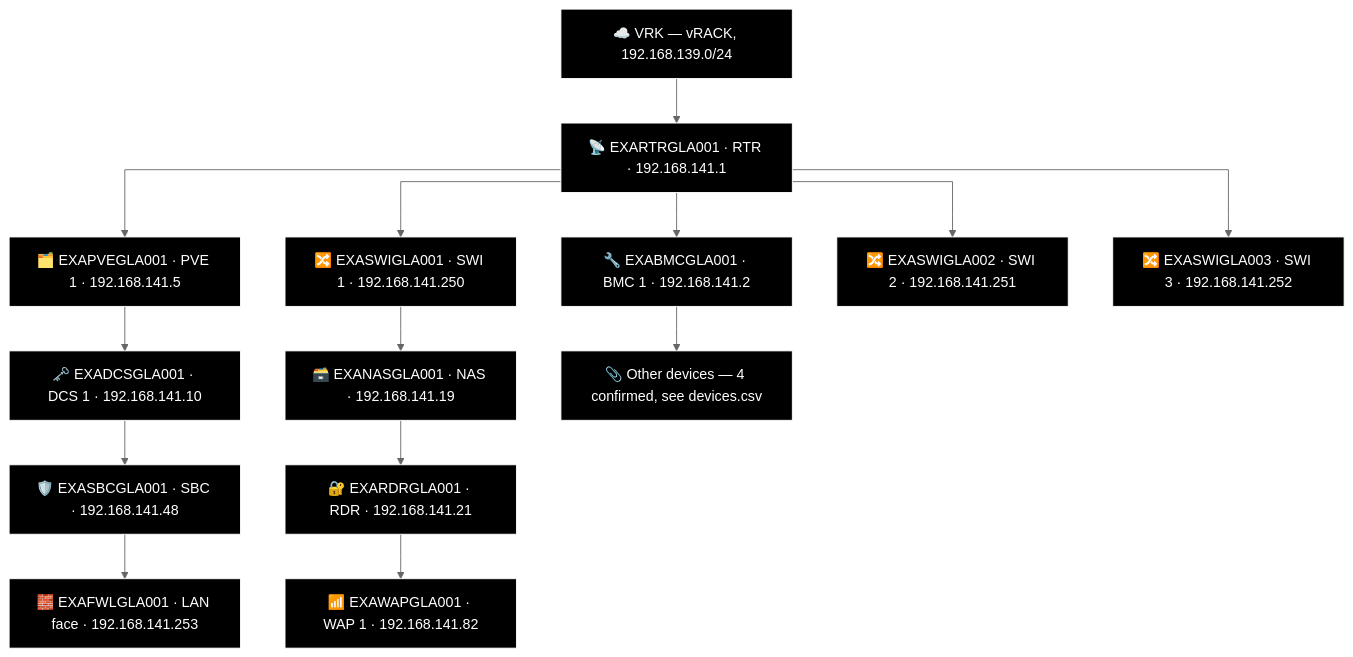
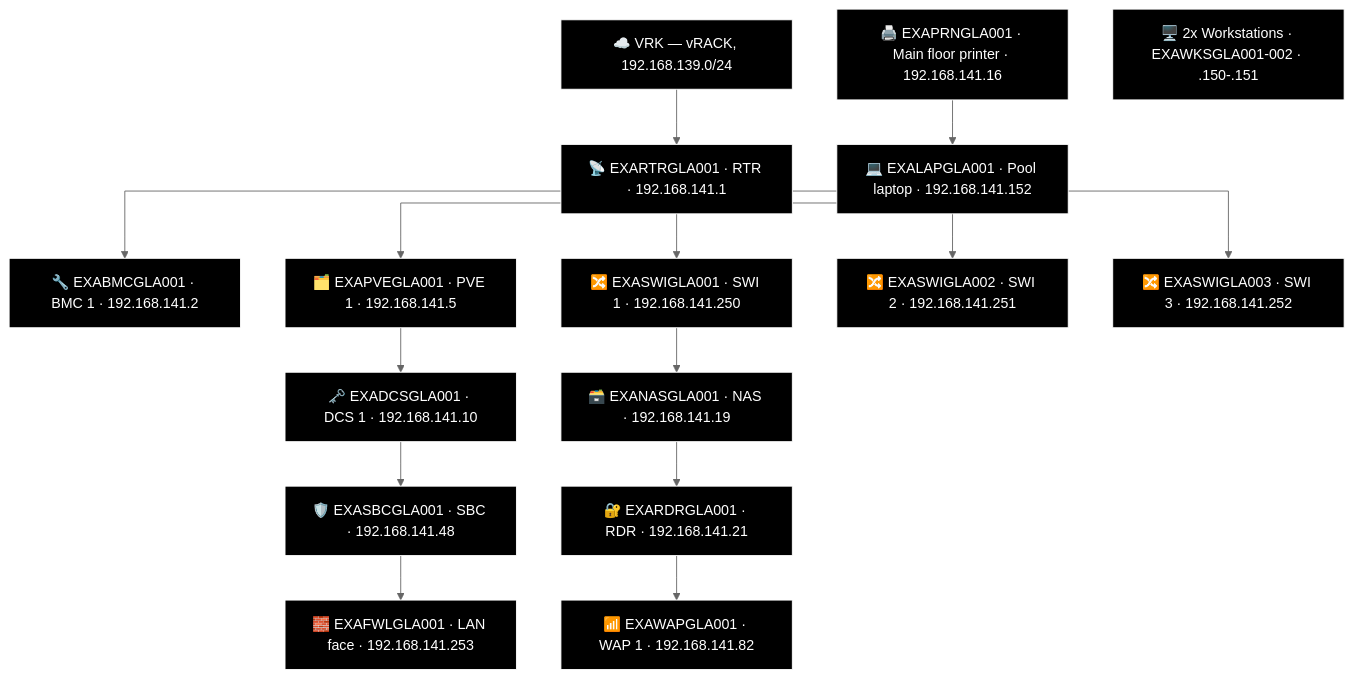
One commit to knightmare2600/example_music_infra changed the sixth of 14 diagrams in docs/network-diagram/scotland.md. Above: the diagram before and after it, drawn with Mermaid (neutral theme). The commit also changed other lines of this file and 8 other files, not shown here.

First line of the commit message:
generate_network_diagrams.py: port FAL's two-column "Other" bucket into the generator

````diff
--- a/docs/network-diagram/scotland.md
+++ b/docs/network-diagram/scotland.md
@@ -318,43 +327,47 @@
 ```mermaid
 %% GENERATED:TOPOLOGY:GLA:START
 %%{init: {'flowchart': {'curve': 'stepAfter'}}}%%
 graph TD
     T_VRK["☁️ VRK — vRACK, 192.168.139.0/24"]
     T_RTR["📡 EXARTRGLA001 · RTR · 192.168.141.1"]
     T_VRK --> T_RTR
     T_BMC["🔧 EXABMCGLA001 · BMC 1 · 192.168.141.2"]
     T_RTR --> T_BMC
     T_PVE["🗂️ EXAPVEGLA001 · PVE 1 · 192.168.141.5"]
     T_RTR --> T_PVE
     T_SWI["🔀 EXASWIGLA001 · SWI 1 · 192.168.141.250"]
     T_RTR --> T_SWI
     T_SWI2["🔀 EXASWIGLA002 · SWI 2 · 192.168.141.251"]
     T_RTR --> T_SWI2
     T_SWI3["🔀 EXASWIGLA003 · SWI 3 · 192.168.141.252"]
     T_RTR --> T_SWI3
     T_NAS["🗃️ EXANASGLA001 · NAS · 192.168.141.19"]
     T_RDR["🔐 EXARDRGLA001 · RDR · 192.168.141.21"]
     T_WAP["📶 EXAWAPGLA001 · WAP 1 · 192.168.141.82"]
     T_SWI --> T_NAS --> T_RDR --> T_WAP
     T_DCS["🗝️ EXADCSGLA001 · DCS 1 · 192.168.141.10"]
     T_SBC["🛡️ EXASBCGLA001 · SBC · 192.168.141.48"]
     T_FWL["🧱 EXAFWLGLA001 · LAN face · 192.168.141.253"]
     T_PVE --> T_DCS --> T_SBC --> T_FWL
-    T_OTHER["📎 Other devices — 4 confirmed, see devices.csv"]
-    T_BMC --> T_OTHER
+    T_PRN["🖨️ EXAPRNGLA001 · Main floor printer · 192.168.141.16"]
+    T_OTH_WKS["🖥️ 2x Workstations · EXAWKSGLA001-002 · .150-.151"]
+    T_LAP["💻 EXALAPGLA001 · Pool laptop · 192.168.141.152"]
+    T_PRN --> T_LAP
     style T_VRK fill:#000000,stroke:#FFFFFF,color:#FFFFFF
     style T_RTR fill:#000000,stroke:#FFFFFF,color:#FFFFFF
     style T_BMC fill:#000000,stroke:#FFFFFF,color:#FFFFFF
     style T_PVE fill:#000000,stroke:#FFFFFF,color:#FFFFFF
     style T_SWI fill:#000000,stroke:#FFFFFF,color:#FFFFFF
     style T_SWI2 fill:#000000,stroke:#FFFFFF,color:#FFFFFF
     style T_SWI3 fill:#000000,stroke:#FFFFFF,color:#FFFFFF
     style T_NAS fill:#000000,stroke:#FFFFFF,color:#FFFFFF
     style T_RDR fill:#000000,stroke:#FFFFFF,color:#FFFFFF
     style T_WAP fill:#000000,stroke:#FFFFFF,color:#FFFFFF
     style T_DCS fill:#000000,stroke:#FFFFFF,color:#FFFFFF
     style T_SBC fill:#000000,stroke:#FFFFFF,color:#FFFFFF
     style T_FWL fill:#000000,stroke:#FFFFFF,color:#FFFFFF
-    style T_OTHER fill:#000000,stroke:#FFFFFF,color:#FFFFFF
+    style T_PRN fill:#000000,stroke:#FFFFFF,color:#FFFFFF
+    style T_OTH_WKS fill:#000000,stroke:#FFFFFF,color:#FFFFFF
+    style T_LAP fill:#000000,stroke:#FFFFFF,color:#FFFFFF
 %% GENERATED:TOPOLOGY:GLA:END
 ```
````
